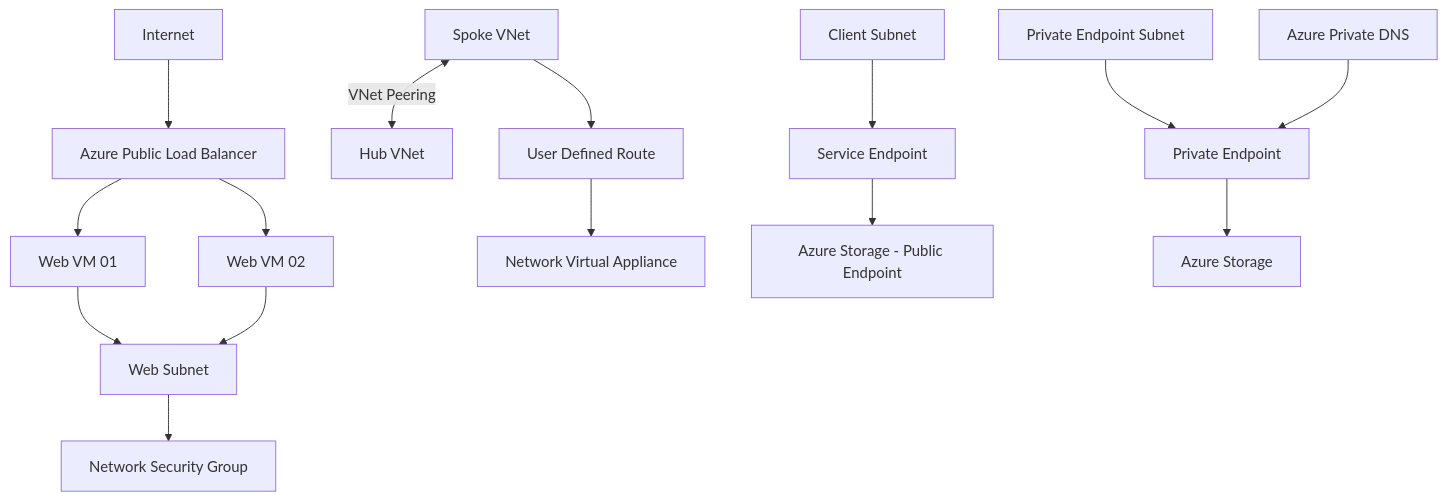
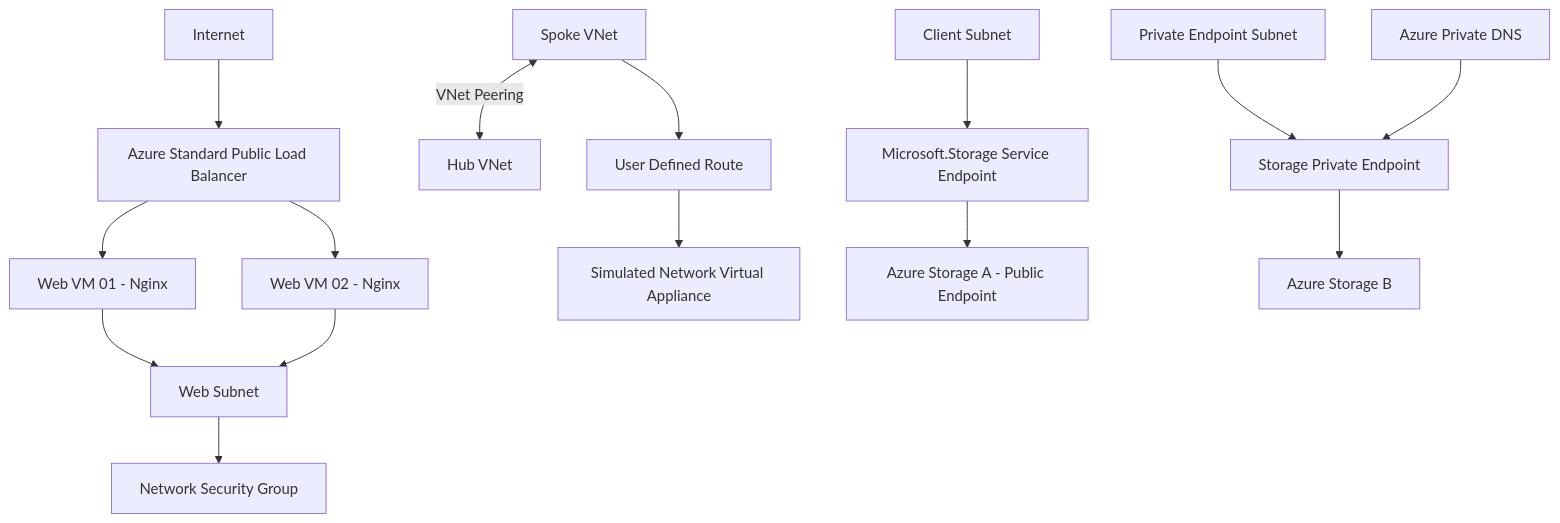
Before and after one commit to sohrabjalali30/Azure-Secure-Networking-Capstone: the diagram in README.md, drawn with Mermaid. The commit also changed other lines of this file, not shown here.

First line of the commit message:
Polish documentation and finalize Azure networking capstone

````diff
--- a/README.md
+++ b/README.md
@@ -25,26 +30,45 @@
 ```mermaid
 flowchart TD
 
-    Internet --> LB[Azure Public Load Balancer]
+    Internet[Internet]
+    LB[Azure Standard Public Load Balancer]
 
-    LB --> Web1[Web VM 01]
-    LB --> Web2[Web VM 02]
+    Web1[Web VM 01 - Nginx]
+    Web2[Web VM 02 - Nginx]
 
-    Web1 --> WebSubnet[Web Subnet]
+    WebSubnet[Web Subnet]
+    NSG[Network Security Group]
+
+    Spoke[Spoke VNet]
+    Hub[Hub VNet]
+    RT[User Defined Route]
+    NVA[Simulated Network Virtual Appliance]
+
+    ClientSubnet[Client Subnet]
+    SE[Microsoft.Storage Service Endpoint]
+    StorageA[Azure Storage A - Public Endpoint]
+
+    PrivateSubnet[Private Endpoint Subnet]
+    PE[Storage Private Endpoint]
+    StorageB[Azure Storage B]
+    DNS[Azure Private DNS]
+
+    Internet --> LB
+    LB --> Web1
+    LB --> Web2
+
+    Web1 --> WebSubnet
     Web2 --> WebSubnet
+    WebSubnet --> NSG
 
-    WebSubnet --> NSG[Network Security Group]
+    Spoke <-->|VNet Peering| Hub
+    Spoke --> RT
+    RT --> NVA
 
-    Spoke[Spoke VNet] <-->|VNet Peering| Hub[Hub VNet]
+    ClientSubnet --> SE
+    SE --> StorageA
 
-    Spoke --> RT[User Defined Route]
-    RT --> NVA[Network Virtual Appliance]
-
-    ClientSubnet[Client Subnet] --> SE[Service Endpoint]
-    SE --> StorageA[Azure Storage - Public Endpoint]
-
-    PrivateSubnet[Private Endpoint Subnet] --> PE[Private Endpoint]
-    PE --> StorageB[Azure Storage]
-
-    DNS[Azure Private DNS] --> PE
+    PrivateSubnet --> PE
+    PE --> StorageB
+    DNS --> PE
 ```
````
